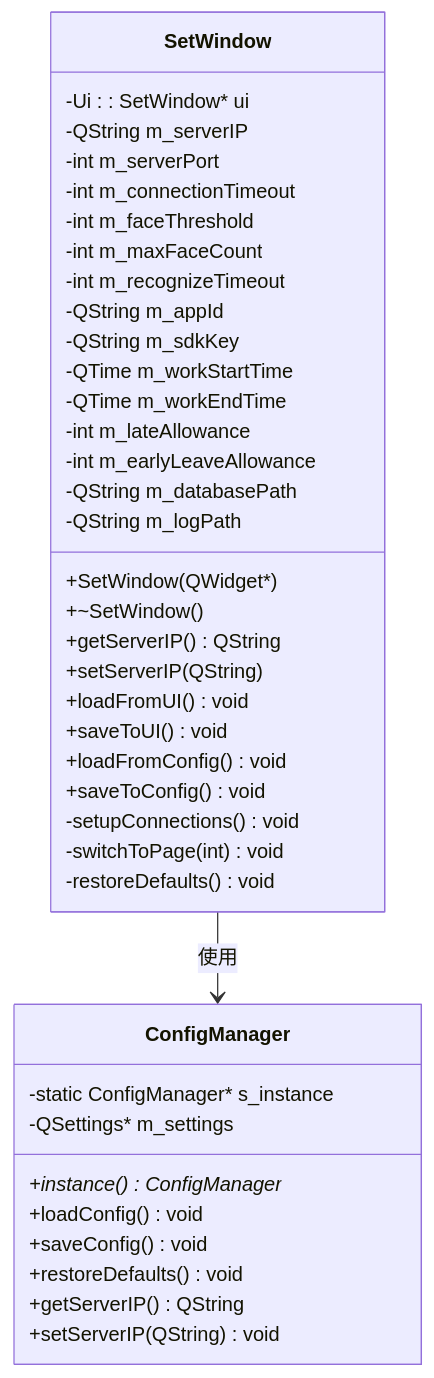
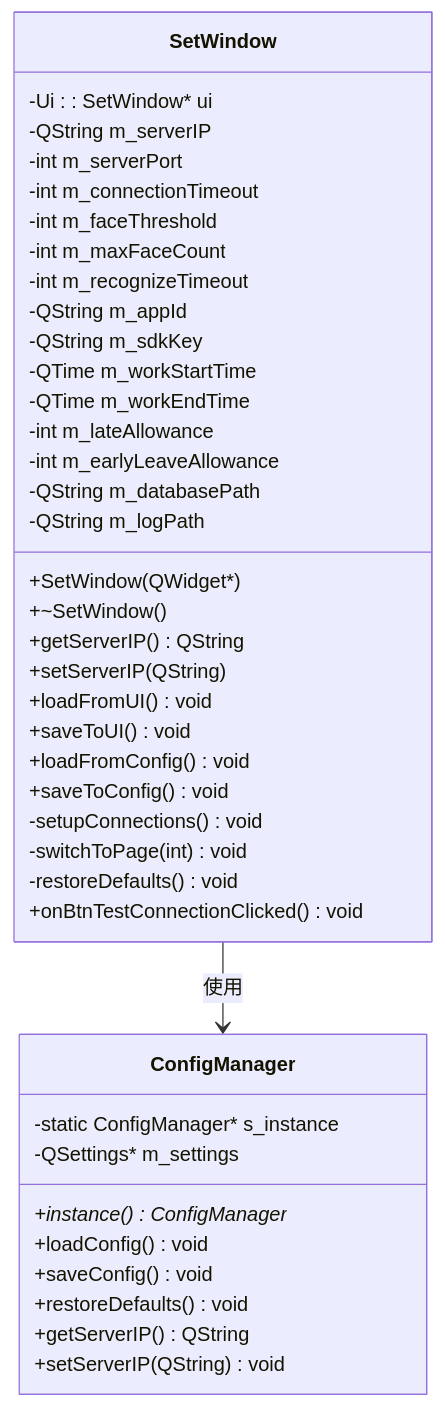
The third of 7 diagrams in .qoder/repowiki/zh/content/用户界面设计/设置窗口.md (HeQiTZD/Triple-terminal-Attendance-Punching-System), drawn with Mermaid before and after one commit. The commit also changed other lines of this file and 47 other files, not shown here.

````diff
--- a/.qoder/repowiki/zh/content/用户界面设计/设置窗口.md
+++ b/.qoder/repowiki/zh/content/用户界面设计/设置窗口.md
@@ -134,42 +149,43 @@
 ```mermaid
 classDiagram
 class SetWindow {
 -Ui : : SetWindow* ui
 -QString m_serverIP
 -int m_serverPort
 -int m_connectionTimeout
 -int m_faceThreshold
 -int m_maxFaceCount
 -int m_recognizeTimeout
 -QString m_appId
 -QString m_sdkKey
 -QTime m_workStartTime
 -QTime m_workEndTime
 -int m_lateAllowance
 -int m_earlyLeaveAllowance
 -QString m_databasePath
 -QString m_logPath
 +SetWindow(QWidget*)
 +~SetWindow()
 +getServerIP() QString
 +setServerIP(QString)
 +loadFromUI() void
 +saveToUI() void
 +loadFromConfig() void
 +saveToConfig() void
 -setupConnections() void
 -switchToPage(int) void
 -restoreDefaults() void
++onBtnTestConnectionClicked() void
 }
 class ConfigManager {
 -static ConfigManager* s_instance
 -QSettings* m_settings
 +instance() ConfigManager*
 +loadConfig() void
 +saveConfig() void
 +restoreDefaults() void
 +getServerIP() QString
 +setServerIP(QString) void
 }
 SetWindow --> ConfigManager : 使用
 ```
````
